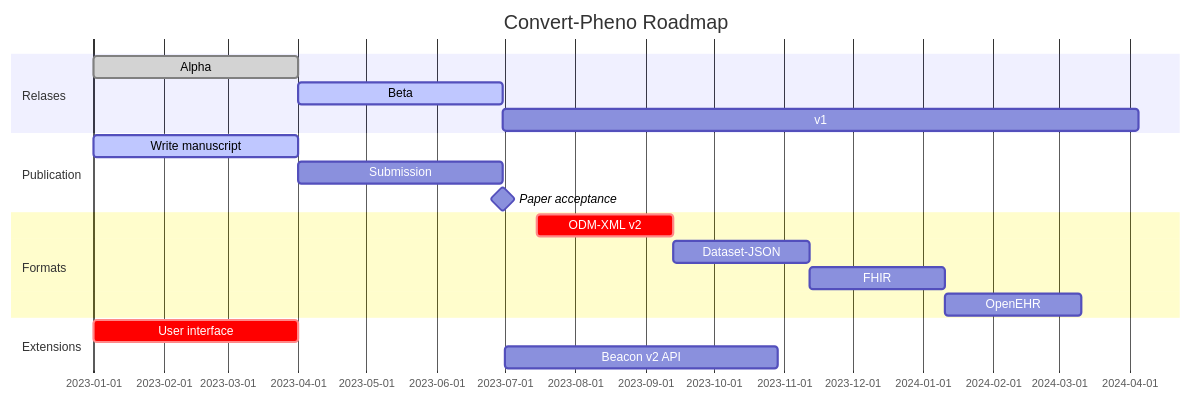
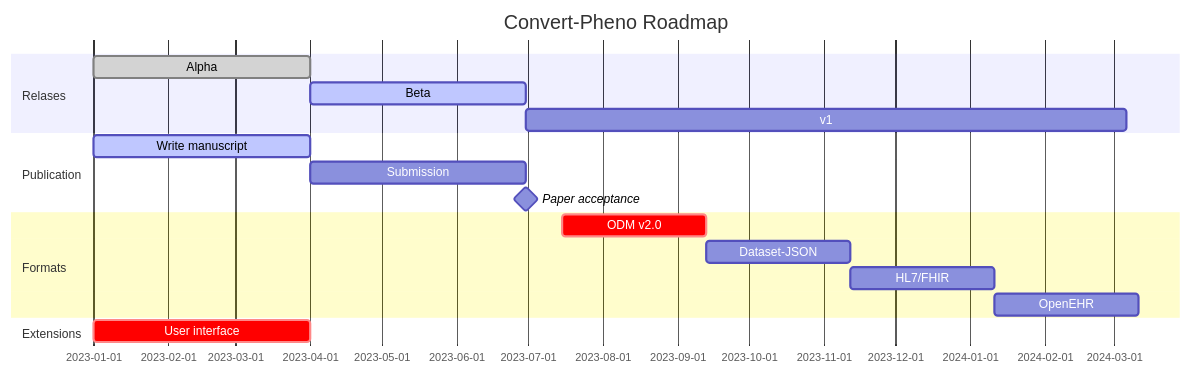
Before and after one commit to CNAG-Biomedical-Informatics/convert-pheno: the diagram in docs/future-plans.md, drawn with Mermaid. The commit also changed 3 other files, not shown here.

````diff
--- a/docs/future-plans.md
+++ b/docs/future-plans.md
@@ -1,25 +1,24 @@
 ```mermaid
   gantt
     title Convert-Pheno Roadmap
     dateFormat  YYYY-MM-DD
 
     section Relases
     Alpha                     :done,      r1, 2023-01-01, 90d
     Beta                      :active,    r2, after r1, 90d
-    v1                        :           r3, after r2, 280d
+    v1                        :           r3, after r2, 250d
 
     section Publication
     Write manuscript          :active,     m1, 2023-01-01, 90d
     Submission                :            m2, after m1, 90d
     Paper acceptance          :milestone, after m2, 0d
 
     section Formats
-    ODM-XML v2      :crit, f1, 2023-07-15, 60d
+    ODM v2.0        :crit, f1, 2023-07-15, 60d
     Dataset-JSON    :      f2, after f1, 60d
-    FHIR            :      f3, after f2, 60d
+    HL7/FHIR        :      f3, after f2, 60d
     OpenEHR         :      f4, after f3, 60d
 
     section Extensions
     User interface  :crit, e1, 2023-01-01, 90d
-    Beacon v2 API   :      e2, 2023-07-01, 120d
 ```
````
